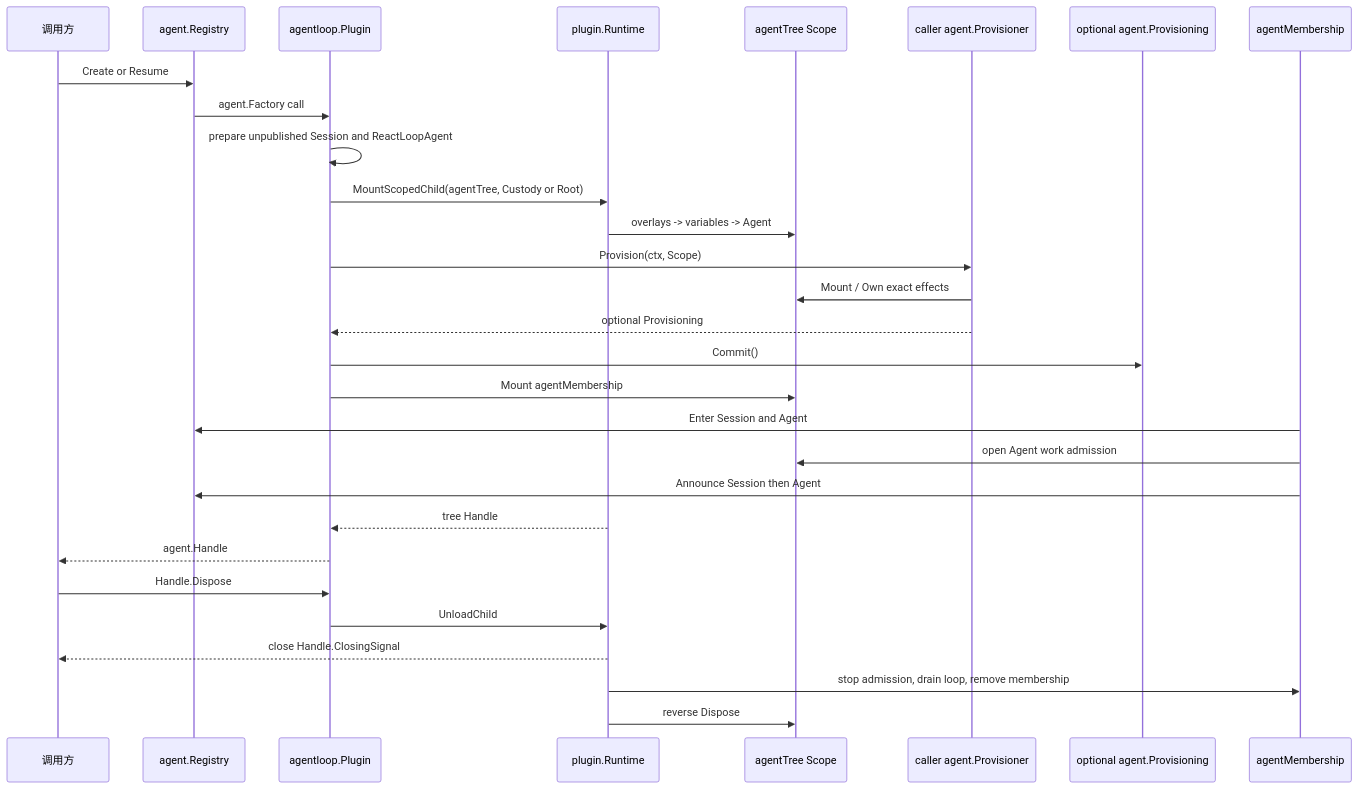
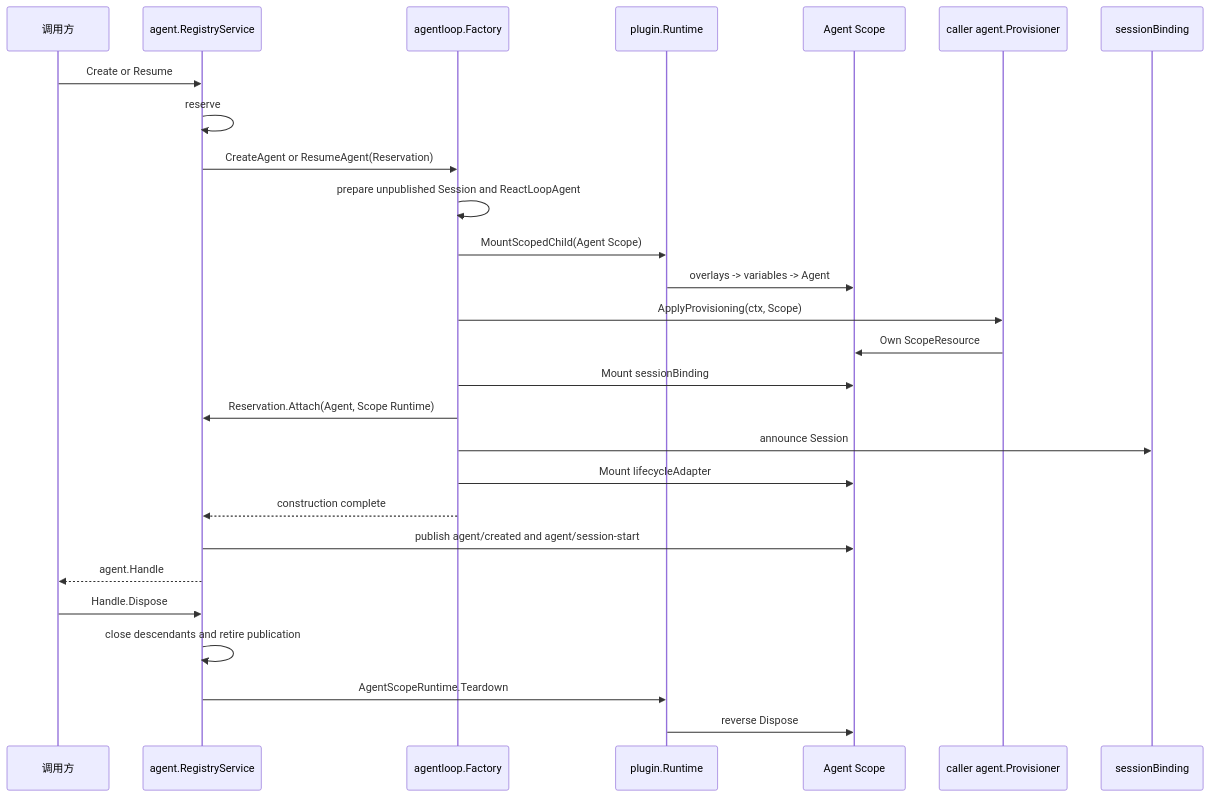
Before and after one commit to gorenx/goren: the second of 2 diagrams in agentloop/README.zh-CN.md, drawn with Mermaid. The commit also changed other lines of this file and 1 other file, not shown here.

Commit message:
docs(agent): align scoped plugin and loop ownership

````diff
--- a/agentloop/README.zh-CN.md
+++ b/agentloop/README.zh-CN.md
@@ -58,32 +60,30 @@
 ```mermaid
 sequenceDiagram
     participant Caller as 调用方
-    participant Registry as agent.Registry
-    participant Root as agentloop.Plugin
+    participant Registry as agent.RegistryService
+    participant Factory as agentloop.Factory
     participant Runtime as plugin.Runtime
-    participant Scope as agentTree Scope
+    participant Scope as Agent Scope
     participant Provisioner as caller agent.Provisioner
-    participant Provisioning as optional agent.Provisioning
-    participant Membership as agentMembership
+    participant SessionBinding as sessionBinding
 
     Caller->>Registry: Create or Resume
-    Registry->>Root: agent.Factory call
-    Root->>Root: prepare unpublished Session and ReactLoopAgent
-    Root->>Runtime: MountScopedChild(agentTree, Custody or Root)
+    Registry->>Registry: reserve
+    Registry->>Factory: CreateAgent or ResumeAgent(Reservation)
+    Factory->>Factory: prepare unpublished Session and ReactLoopAgent
+    Factory->>Runtime: MountScopedChild(Agent Scope)
     Runtime->>Scope: overlays -> variables -> Agent
-    Root->>Provisioner: Provision(ctx, Scope)
-    Provisioner->>Scope: Mount / Own exact effects
-    Provisioner-->>Root: optional Provisioning
-    Root->>Provisioning: Commit()
-    Root->>Scope: Mount agentMembership
-    Membership->>Registry: Enter Session and Agent
-    Membership->>Scope: open Agent work admission
-    Membership->>Registry: Announce Session then Agent
-    Runtime-->>Root: tree Handle
-    Root-->>Caller: agent.Handle
-    Caller->>Root: Handle.Dispose
-    Root->>Runtime: UnloadChild
-    Runtime-->>Caller: close Handle.ClosingSignal
-    Runtime->>Membership: stop admission, drain loop, remove membership
+    Factory->>Provisioner: ApplyProvisioning(ctx, Scope)
+    Provisioner->>Scope: Own ScopeResource
+    Factory->>Scope: Mount sessionBinding
+    Factory->>Registry: Reservation.Attach(Agent, Scope Runtime)
+    Factory->>SessionBinding: announce Session
+    Factory->>Scope: Mount lifecycleAdapter
+    Factory-->>Registry: construction complete
+    Registry->>Scope: publish agent/created and agent/session-start
+    Registry-->>Caller: agent.Handle
+    Caller->>Registry: Handle.Dispose
+    Registry->>Registry: close descendants and retire publication
+    Registry->>Runtime: AgentScopeRuntime.Teardown
     Runtime->>Scope: reverse Dispose
 ```
````
